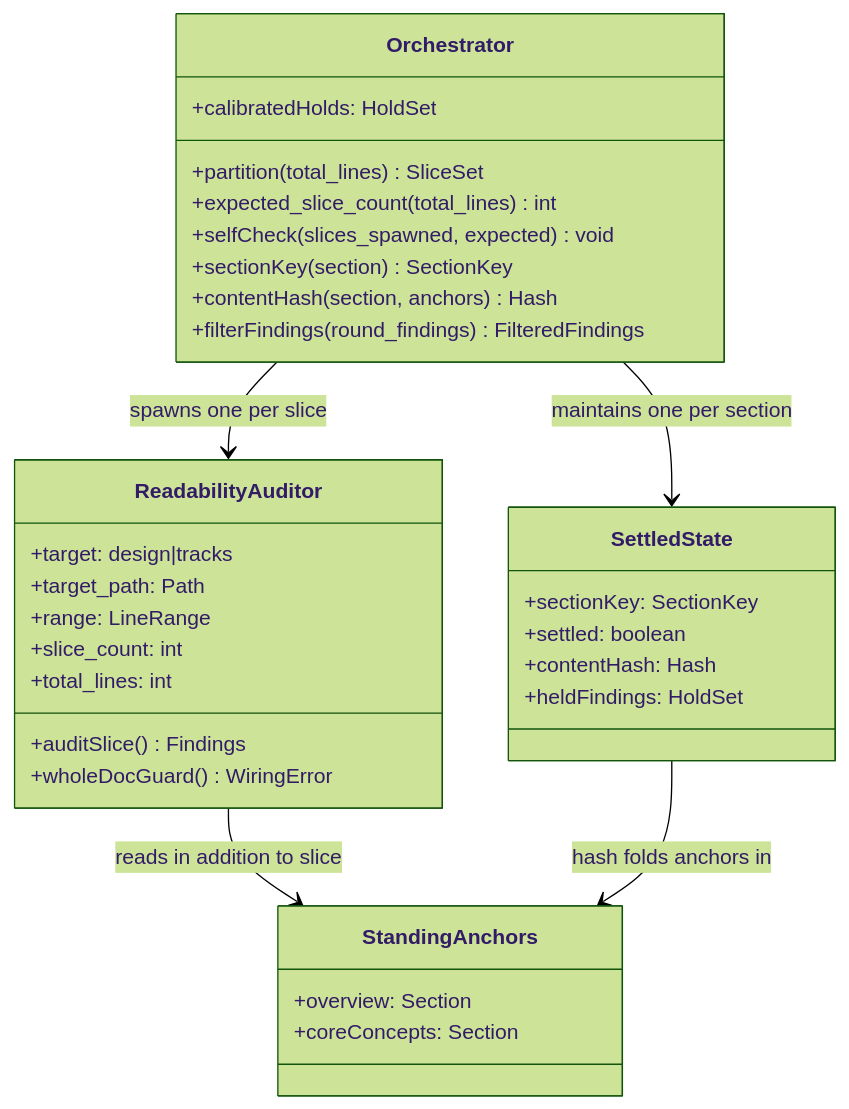
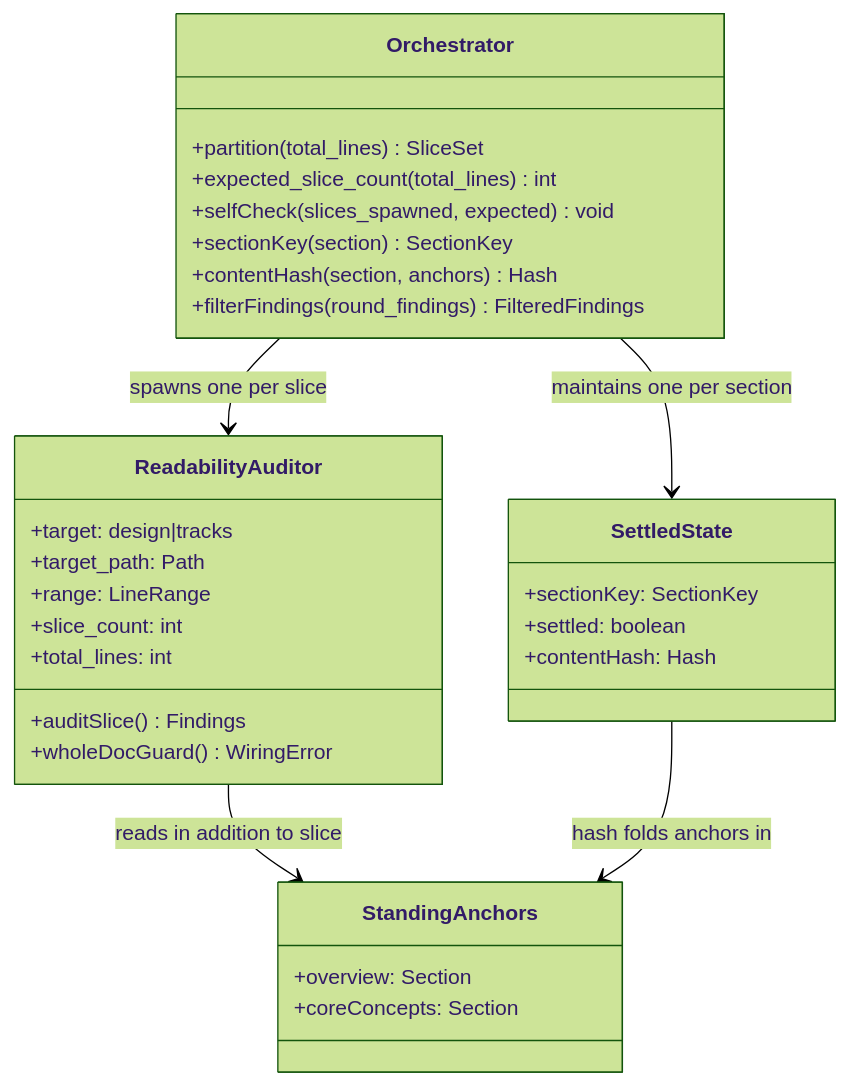
One commit to JetBrains/youtrackdb changed the first of 2 diagrams in docs/adr/harding-readability-audit/_workflow/design.md. Above: the diagram before and after it, drawn with Mermaid (forest theme). The commit also changed other lines of this file and 3 other files, not shown here.

First line of the commit message:
Refine design: drop calibrated holds

````diff
--- a/docs/adr/harding-readability-audit/_workflow/design.md
+++ b/docs/adr/harding-readability-audit/_workflow/design.md
@@ -66,35 +64,33 @@
 ```mermaid
 classDiagram
     class Orchestrator {
         +partition(total_lines) SliceSet
         +expected_slice_count(total_lines) int
         +selfCheck(slices_spawned, expected) void
         +sectionKey(section) SectionKey
         +contentHash(section, anchors) Hash
         +filterFindings(round_findings) FilteredFindings
-        +calibratedHolds: HoldSet
     }
     class SettledState {
         +sectionKey: SectionKey
         +settled: boolean
         +contentHash: Hash
-        +heldFindings: HoldSet
     }
     class ReadabilityAuditor {
         +target: design|tracks
         +target_path: Path
         +range: LineRange
         +slice_count: int
         +total_lines: int
         +auditSlice() Findings
         +wholeDocGuard() WiringError
     }
     class StandingAnchors {
         +overview: Section
         +coreConcepts: Section
     }
     Orchestrator --> SettledState : maintains one per section
     Orchestrator --> ReadabilityAuditor : spawns one per slice
     ReadabilityAuditor --> StandingAnchors : reads in addition to slice
     SettledState --> StandingAnchors : hash folds anchors in
 ```
````
